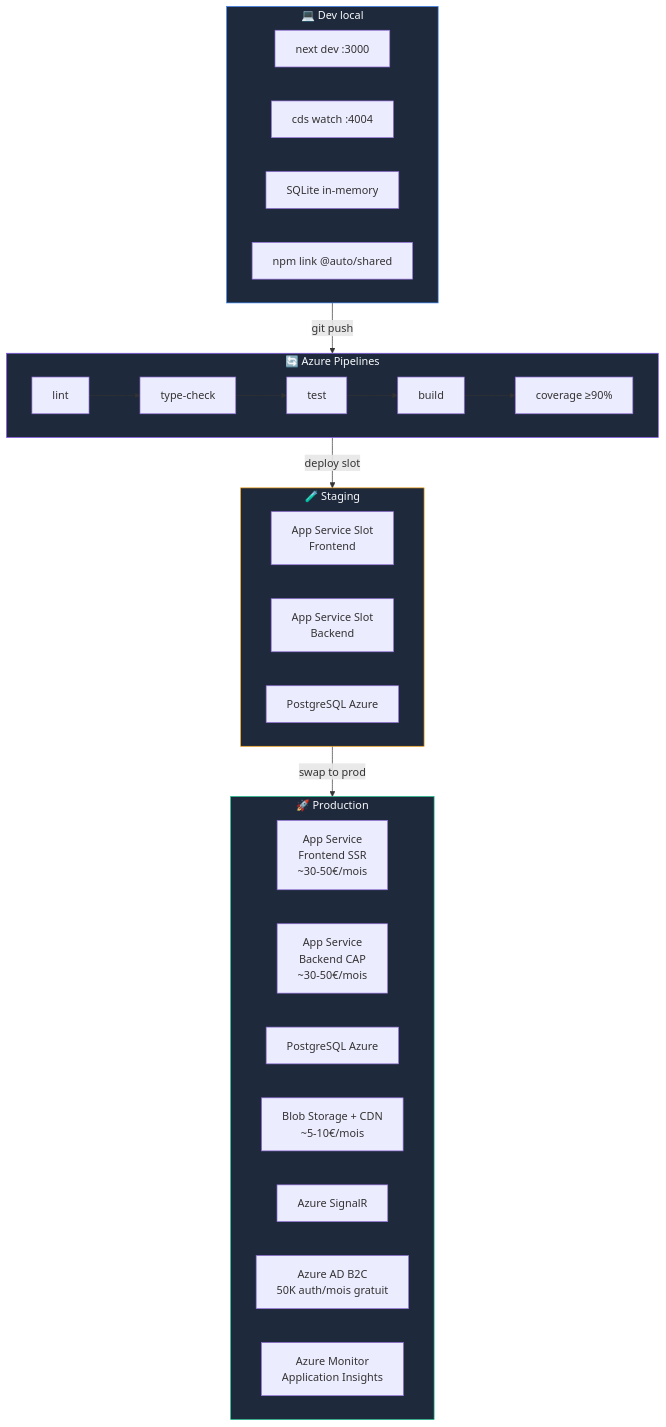
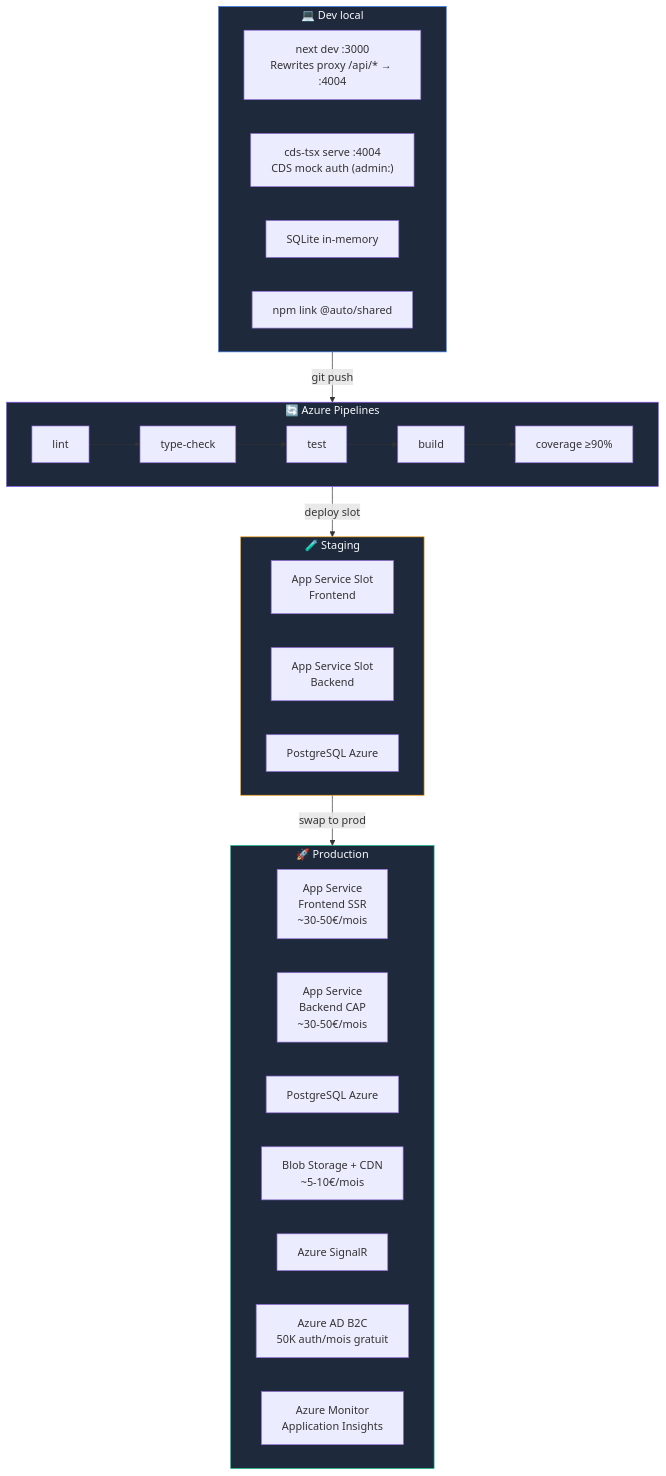
One commit to nedjo90/auto-project changed the fourth of 6 diagrams in _bmad-output/planning-artifacts/architecture.md. Above: the diagram before and after it, drawn with Mermaid. The commit also changed other lines of this file, not shown here.

First line of the commit message:
docs(bmad): add local development architecture, CDS 8.9 compat notes, dev-mode auth

````diff
--- a/_bmad-output/planning-artifacts/architecture.md
+++ b/_bmad-output/planning-artifacts/architecture.md
@@ -219,43 +219,43 @@
 ```mermaid
 graph TB
     subgraph Dev["💻 Dev local"]
-        D_FE["next dev :3000"]
-        D_BE["cds watch :4004"]
+        D_FE["next dev :3000<br/>Rewrites proxy /api/* → :4004"]
+        D_BE["cds-tsx serve :4004<br/>CDS mock auth (admin:)"]
         D_DB["SQLite in-memory"]
         D_SH["npm link @auto/shared"]
     end
 
     subgraph CI["🔄 Azure Pipelines"]
         LINT["lint"]
         TC["type-check"]
         TEST["test"]
         BUILD["build"]
         COV["coverage ≥90%"]
         LINT --> TC --> TEST --> BUILD --> COV
     end
 
     subgraph Staging["🧪 Staging"]
         S_FE["App Service Slot<br/>Frontend"]
         S_BE["App Service Slot<br/>Backend"]
         S_DB["PostgreSQL Azure"]
     end
 
     subgraph Prod["🚀 Production"]
         P_FE["App Service<br/>Frontend SSR<br/>~30-50€/mois"]
         P_BE["App Service<br/>Backend CAP<br/>~30-50€/mois"]
         P_DB["PostgreSQL Azure"]
         P_BLOB["Blob Storage + CDN<br/>~5-10€/mois"]
         P_SIG["Azure SignalR"]
         P_B2C["Azure AD B2C<br/>50K auth/mois gratuit"]
         P_MON["Azure Monitor<br/>Application Insights"]
     end
 
     Dev -->|"git push"| CI
     CI -->|"deploy slot"| Staging
     Staging -->|"swap to prod"| Prod
 
     style Dev fill:#1e293b,stroke:#3b82f6,color:#f8fafc
     style CI fill:#1e293b,stroke:#8b5cf6,color:#f8fafc
     style Staging fill:#1e293b,stroke:#f59e0b,color:#f8fafc
     style Prod fill:#1e293b,stroke:#10b981,color:#f8fafc
 ```
````
